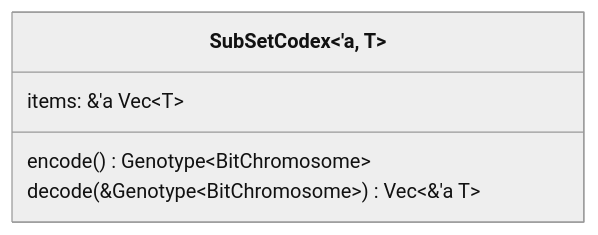
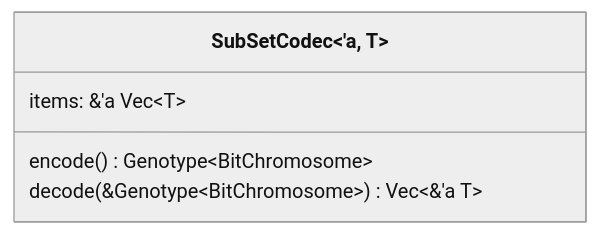
The sixth of 6 diagrams in docs/source/codex.md (pkalivas/radiate), drawn with Mermaid (neutral theme) before and after one commit. The commit also changed other lines of this file and 58 other files, not shown here.

````diff
--- a/docs/source/codex.md
+++ b/docs/source/codex.md
@@ -165,9 +158,9 @@
         ```mermaid
         classDiagram
-            class SubSetCodex~'a, T~ {
+            class SubSetCodec~'a, T~ {
                 items: &'a Vec~T~
                 
                 encode() Genotype~BitChromosome~
                 decode(&Genotype~BitChromosome~) Vec~&'a T~
             }
         ```
````
